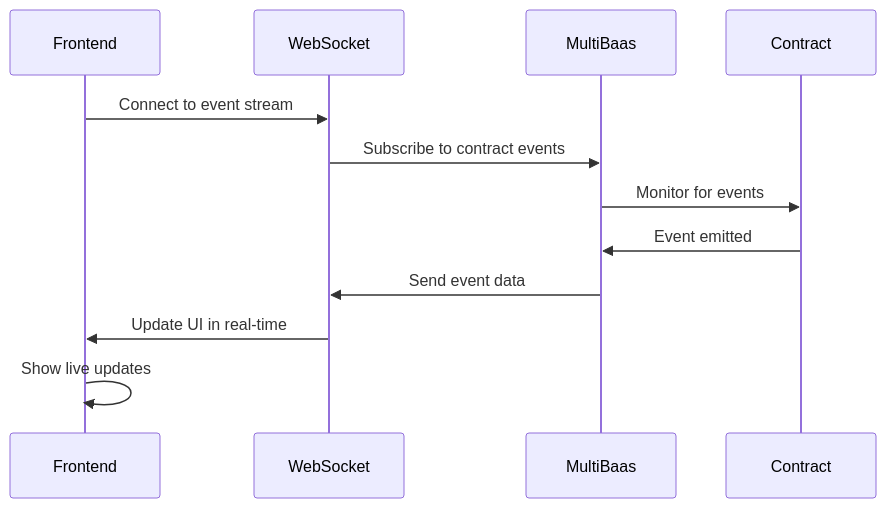
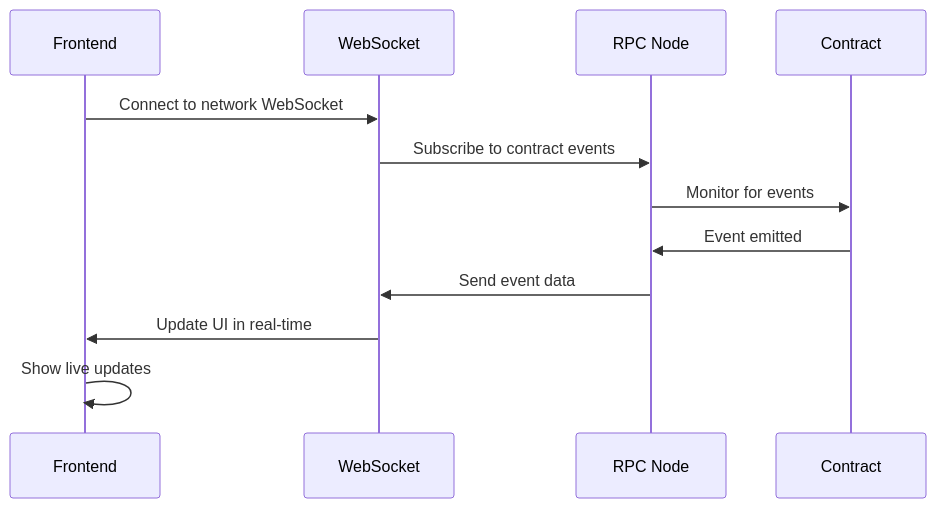
The fourth of 4 diagrams in docs/integration/README.md (Emertechs-Labs/e-chain), drawn with Mermaid before and after one commit. The commit also changed other lines of this file and 152 other files, not shown here.

````diff
--- a/docs/integration/README.md
+++ b/docs/integration/README.md
@@ -856,15 +888,15 @@
 ```mermaid
 sequenceDiagram
     participant F as Frontend
     participant WS as WebSocket
-    participant M as MultiBaas
+    participant R as RPC Node
     participant C as Contract
 
-    F->>WS: Connect to event stream
-    WS->>M: Subscribe to contract events
-    M->>C: Monitor for events
-    C->>M: Event emitted
-    M->>WS: Send event data
+    F->>WS: Connect to network WebSocket
+    WS->>R: Subscribe to contract events
+    R->>C: Monitor for events
+    C->>R: Event emitted
+    R->>WS: Send event data
     WS->>F: Update UI in real-time
     F->>F: Show live updates
 ```
````
